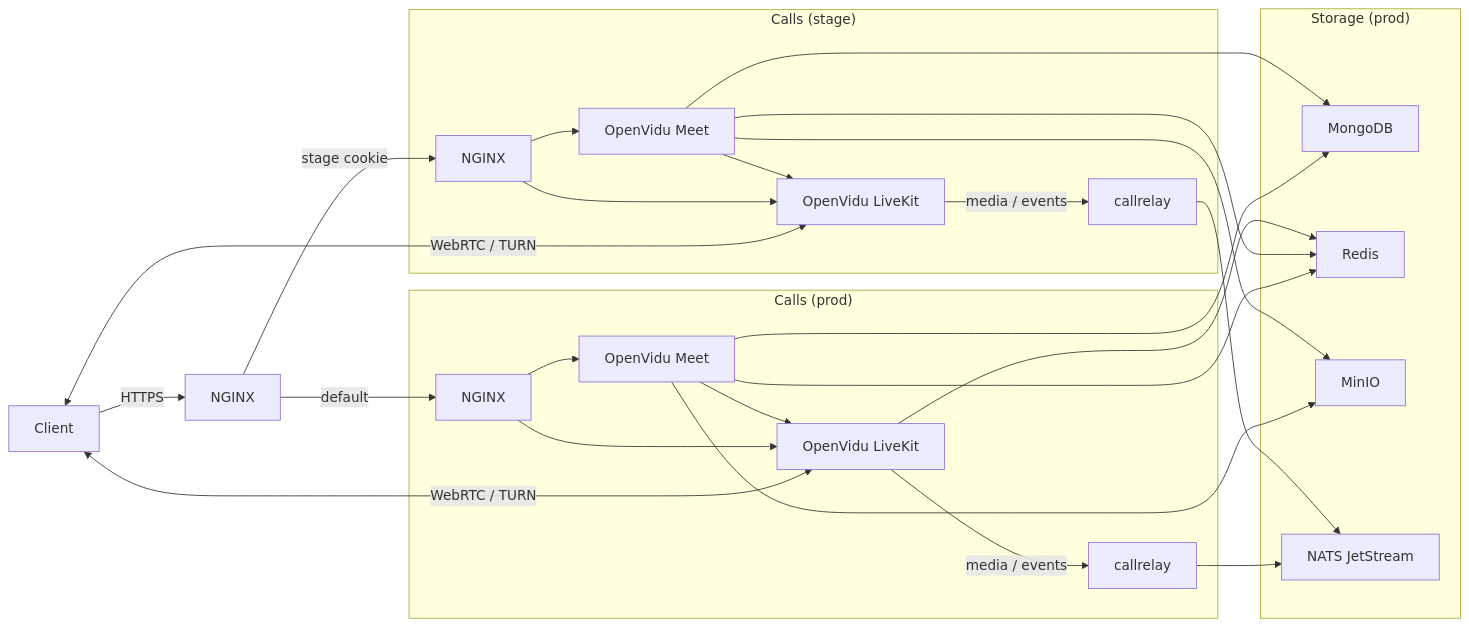
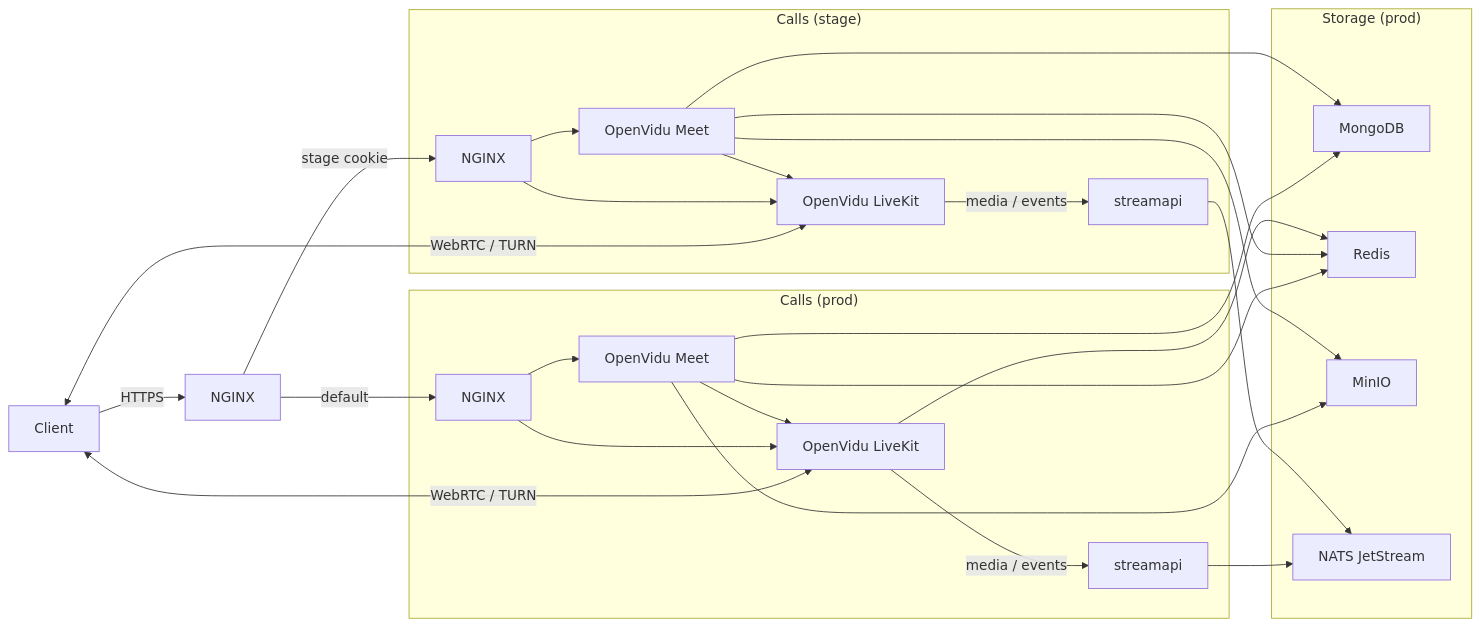
The diagram in README.md (dwspurpleteam/deployer), drawn with Mermaid before and after one commit. The commit also changed 6 other files, not shown here.

````diff
--- a/README.md
+++ b/README.md
@@ -12,39 +12,39 @@
 ```mermaid
 flowchart LR
   browser[Client] -->|HTTPS| ingress[NGINX]
   ingress -->|default| proxy
   ingress -->|stage cookie| stage
   browser <-->|WebRTC / TURN| openvidu
   browser <-->|WebRTC / TURN| stage_openvidu
 
   subgraph calls_stage["Calls (stage)"]
     stage[NGINX] --> stage_meet[OpenVidu Meet]
     stage --> stage_openvidu[OpenVidu LiveKit]
     stage_meet --> stage_openvidu
-    stage_openvidu -->|media / events| stage_callrelay[callrelay]
+    stage_openvidu -->|media / events| stage_streamapi[streamapi]
   end
 
   subgraph calls_prod["Calls (prod)"]
     proxy["NGINX"] --> meet[OpenVidu Meet]
     proxy --> openvidu[OpenVidu LiveKit]
     meet --> openvidu
-    openvidu -->|media / events| callrelay
+    openvidu -->|media / events| streamapi
   end
 
   subgraph storage["Storage (prod)"]
     mongodb[MongoDB]
     redis[Redis]
     minio[MinIO]
     nats["NATS JetStream"]
   end
 
   meet --> mongodb
   meet --> redis
   meet --> minio
   stage_meet --> mongodb
   stage_meet --> redis
   stage_meet --> minio
   openvidu --> redis
-  callrelay --> nats
-  stage_callrelay --> nats
+  streamapi --> nats
+  stage_streamapi --> nats
 ```
````
